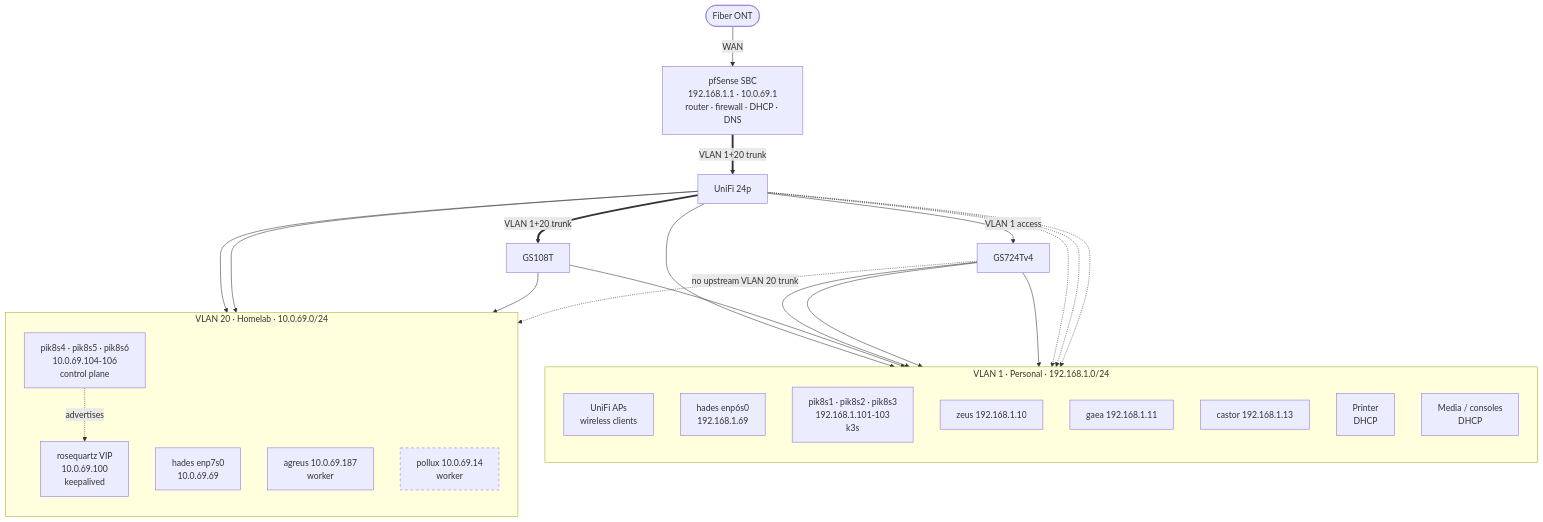
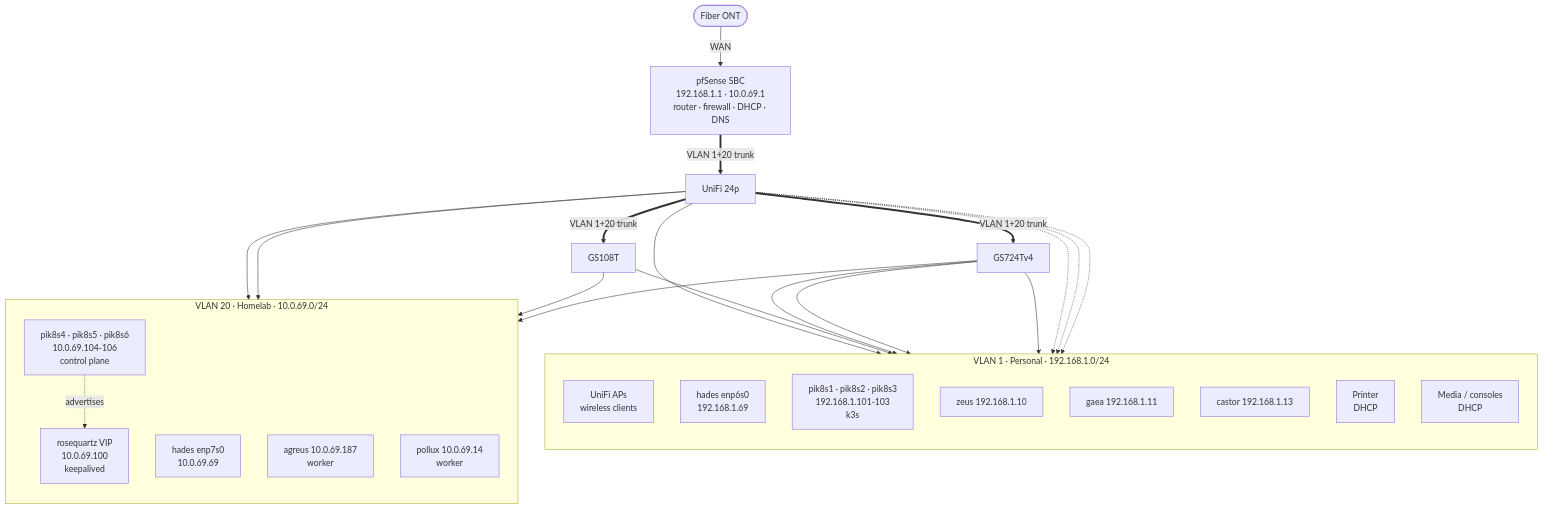
Before and after one commit to UnstoppableMango/nixos: the diagram in NETWORK.md, drawn with Mermaid. The commit also changed other lines of this file and 3 other files, not shown here.

````diff
--- a/NETWORK.md
+++ b/NETWORK.md
@@ -17,54 +17,51 @@
 ```mermaid
 flowchart TB
   ONT(["Fiber ONT"])
   FW["pfSense SBC<br/>192.168.1.1 · 10.0.69.1<br/>router · firewall · DHCP · DNS"]
 
   ONT -->|WAN| FW
 
   U24["UniFi 24p"]
   GS108["GS108T"]
   GS724["GS724Tv4"]
 
   FW ==>|"VLAN 1+20 trunk"| U24
   U24 ==>|"VLAN 1+20 trunk"| GS108
-  U24 -->|"VLAN 1 access"| GS724
+  U24 ==>|"VLAN 1+20 trunk"| GS724
 
   subgraph V1["VLAN 1 · Personal · 192.168.1.0/24"]
     direction TB
     AP["UniFi APs<br/>wireless clients"]
     HADES1["hades enp6s0<br/>192.168.1.69"]
     K3S["pik8s1 · pik8s2 · pik8s3<br/>192.168.1.101-103<br/>k3s"]
     ZEUS["zeus 192.168.1.10"]
     GAEA["gaea 192.168.1.11"]
     CASTOR["castor 192.168.1.13"]
     PRN["Printer<br/>DHCP"]
     MED["Media / consoles<br/>DHCP"]
   end
 
   subgraph V20["VLAN 20 · Homelab · 10.0.69.0/24"]
     direction TB
     VIP["rosequartz VIP<br/>10.0.69.100<br/>keepalived"]
     HADES2["hades enp7s0<br/>10.0.69.69"]
     CP["pik8s4 · pik8s5 · pik8s6<br/>10.0.69.104-106<br/>control plane"]
     AGREUS["agreus 10.0.69.187<br/>worker"]
     POLLUX["pollux 10.0.69.14<br/>worker"]
   end
 
   U24 --> AP
   U24 --> CP
   U24 --> AGREUS
   GS108 --> HADES1
   GS108 --> HADES2
   GS724 --> ZEUS
   GS724 --> GAEA
   GS724 --> CASTOR
   U24 -.-> K3S
   U24 -.-> PRN
   U24 -.-> MED
-  GS724 -.->|"no upstream VLAN 20 trunk"| POLLUX
+  GS724 --> POLLUX
 
   CP -.->|advertises| VIP
-
-  classDef gap stroke-dasharray: 5 5
-  class POLLUX gap
 ```
````
